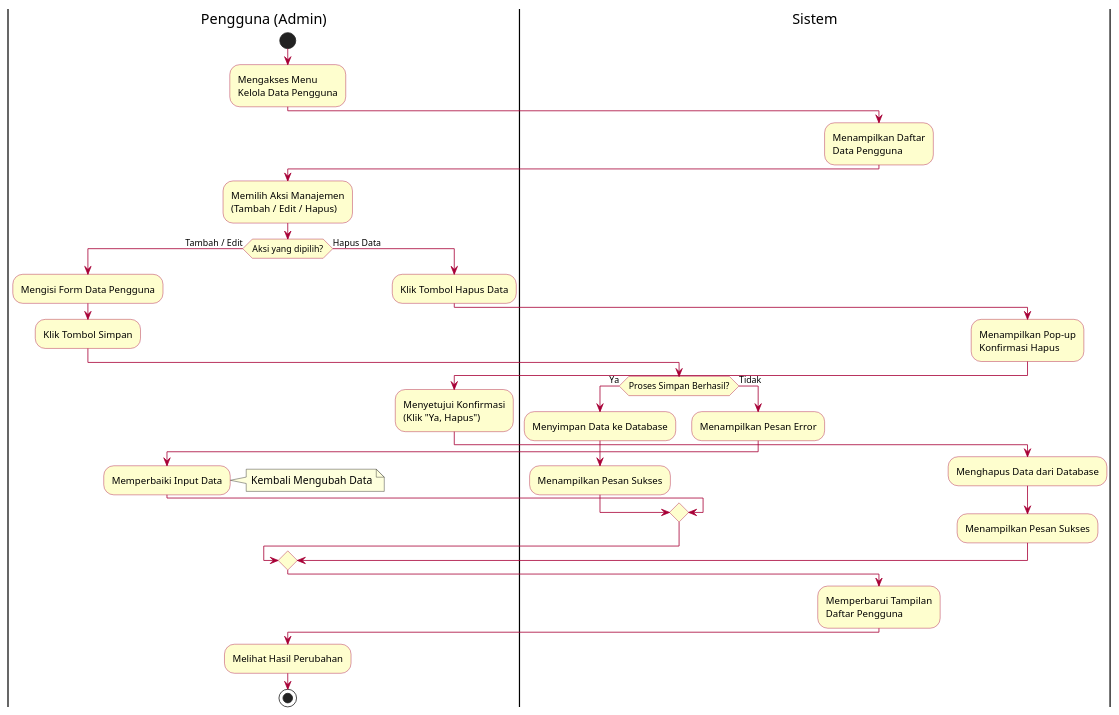
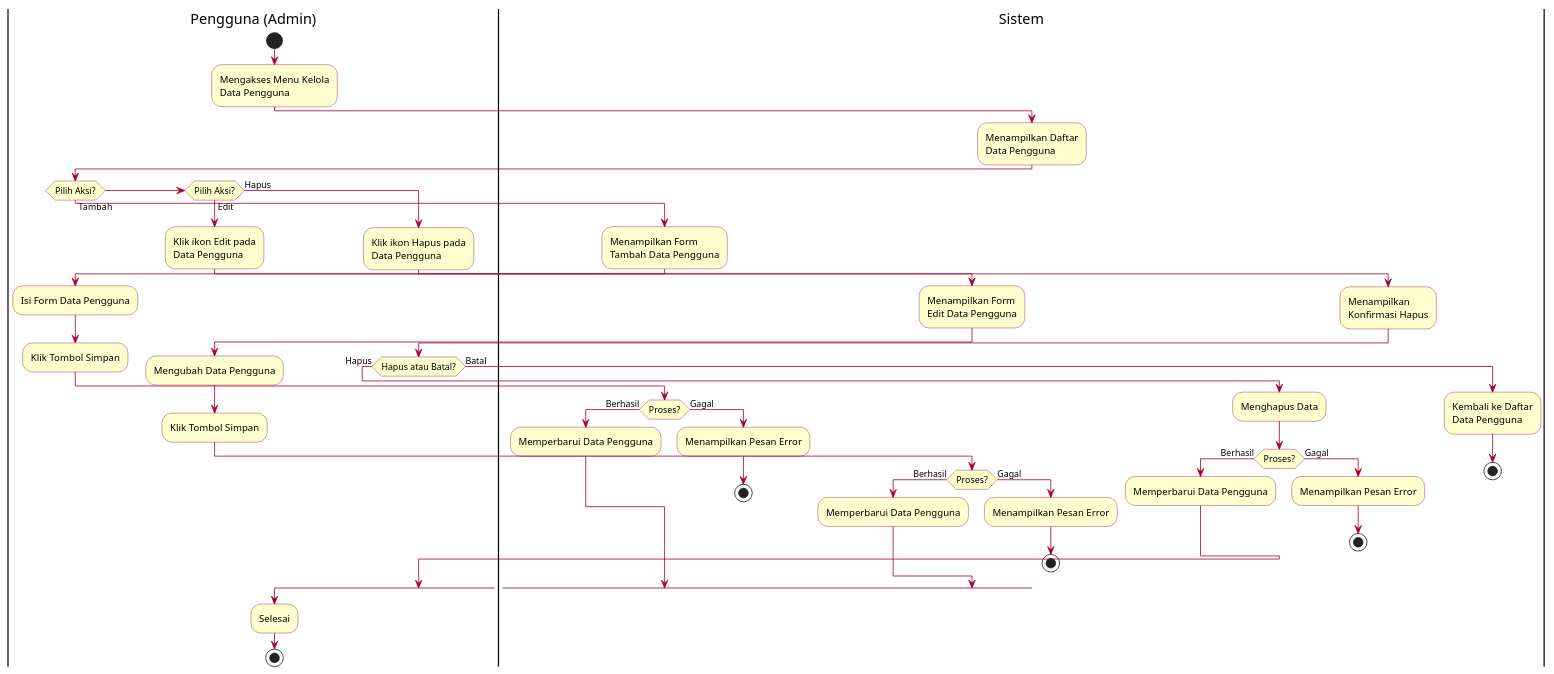
One commit to shendelzare7sw/sipaduhok changed the diagram in docs/flow/activity-kelola-data-pengguna.puml. Above: the diagram before and after it, drawn with PlantUML. The commit also changed 3 other files, not shown here.

Commit message:
docs: Update activity diagrams for CRUD and Kelas Penugasan

```diff
--- a/docs/flow/activity-kelola-data-pengguna.puml
+++ b/docs/flow/activity-kelola-data-pengguna.puml
@@ -1,53 +1,68 @@
 @startuml activity-kelola-data-pengguna
 skinparam ActivityBackgroundColor #FEFECE
 skinparam ActivityBorderColor #A80036
 skinparam ArrowColor #A80036
 
 |Pengguna (Admin)|
 start
-:Mengakses Menu\nKelola Data Pengguna;
+:Mengakses Menu Kelola\nData Pengguna;
 
 |Sistem|
 :Menampilkan Daftar\nData Pengguna;
 
 |Pengguna (Admin)|
-:Memilih Aksi Manajemen\n(Tambah / Edit / Hapus);
-
-if (Aksi yang dipilih?) then (Tambah / Edit)
+if (Pilih Aksi?) then (Tambah)
+    |Sistem|
+    :Menampilkan Form\nTambah Data Pengguna;
     |Pengguna (Admin)|
-    :Mengisi Form Data Pengguna;
+    :Isi Form Data Pengguna;
     :Klik Tombol Simpan;
-    
     |Sistem|
-    if (Proses Simpan Berhasil?) then (Ya)
-        :Menyimpan Data ke Database;
-        :Menampilkan Pesan Sukses;
-    else (Tidak)
+    if (Proses?) then (Berhasil)
+        :Memperbarui Data Pengguna;
+    else (Gagal)
         :Menampilkan Pesan Error;
-        |Pengguna (Admin)|
-        :Memperbaiki Input Data;
-        note right: Kembali Mengubah Data
+        stop
     endif
 
-else (Hapus Data)
+elseif (Pilih Aksi?) then (Edit)
     |Pengguna (Admin)|
-    :Klik Tombol Hapus Data;
-    
+    :Klik ikon Edit pada\nData Pengguna;
     |Sistem|
-    :Menampilkan Pop-up\nKonfirmasi Hapus;
-    
+    :Menampilkan Form\nEdit Data Pengguna;
     |Pengguna (Admin)|
-    :Menyetujui Konfirmasi\n(Klik "Ya, Hapus");
-    
+    :Mengubah Data Pengguna;
+    :Klik Tombol Simpan;
     |Sistem|
-    :Menghapus Data dari Database;
-    :Menampilkan Pesan Sukses;
+    if (Proses?) then (Berhasil)
+        :Memperbarui Data Pengguna;
+    else (Gagal)
+        :Menampilkan Pesan Error;
+        stop
+    endif
+
+else (Hapus)
+    |Pengguna (Admin)|
+    :Klik ikon Hapus pada\nData Pengguna;
+    |Sistem|
+    :Menampilkan\nKonfirmasi Hapus;
+    |Pengguna (Admin)|
+    if (Hapus atau Batal?) then (Hapus)
+        |Sistem|
+        :Menghapus Data;
+        if (Proses?) then (Berhasil)
+            :Memperbarui Data Pengguna;
+        else (Gagal)
+            :Menampilkan Pesan Error;
+            stop
+        endif
+    else (Batal)
+        :Kembali ke Daftar\nData Pengguna;
+        stop
+    endif
 endif
 
-|Sistem|
-:Memperbarui Tampilan\nDaftar Pengguna;
-
 |Pengguna (Admin)|
-:Melihat Hasil Perubahan;
+:Selesai;
 stop
 @enduml
```
